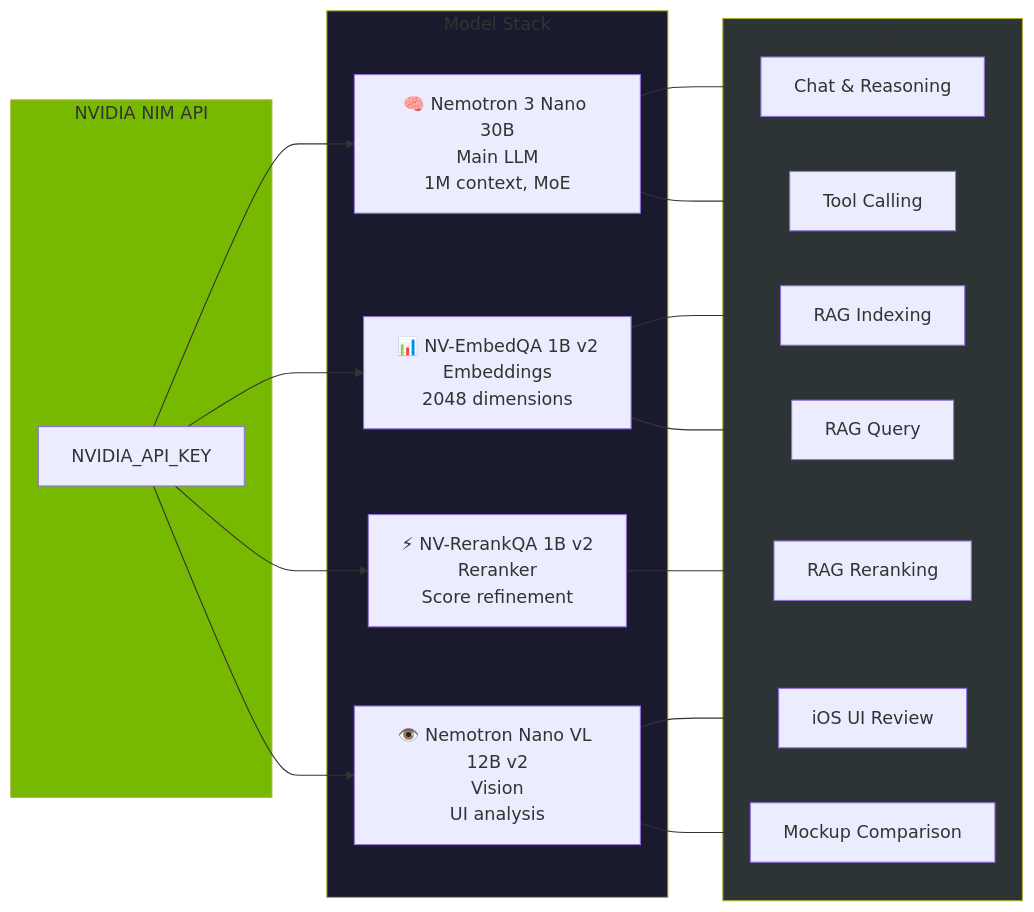
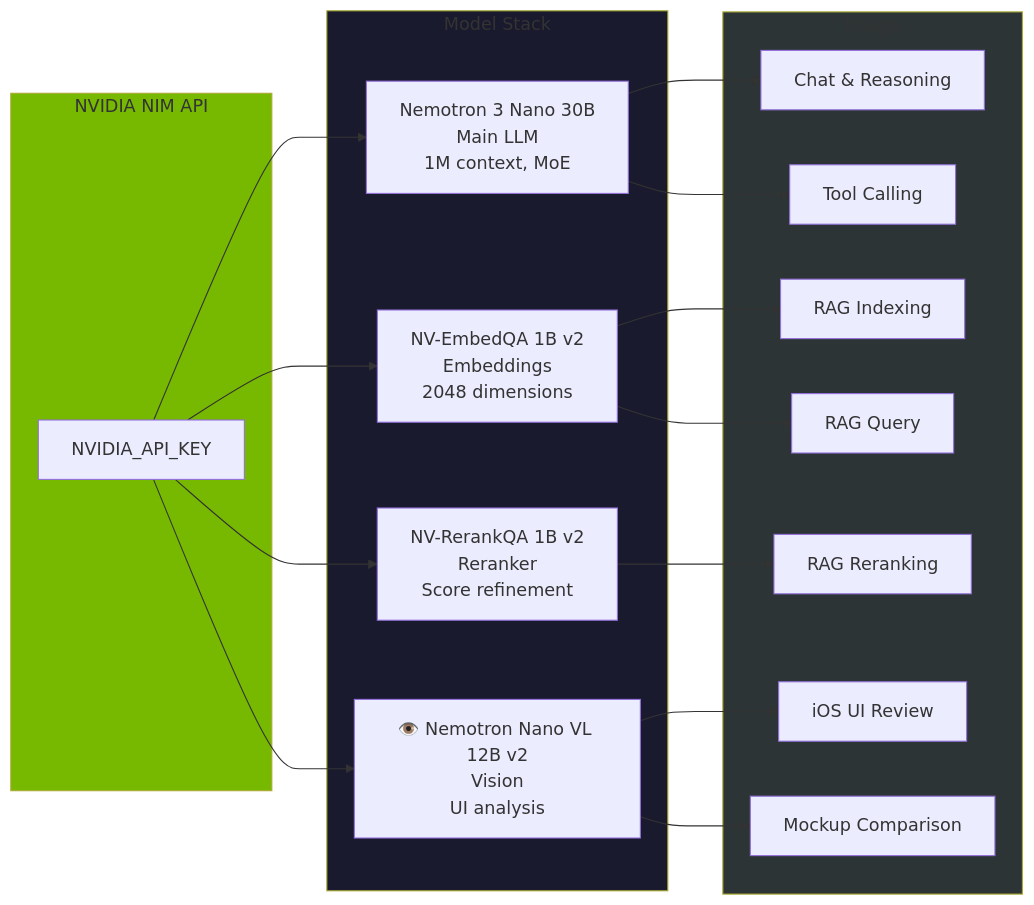
Before and after one commit to caser-legal/nvidia-cli: the first of 8 diagrams in README.md, drawn with Mermaid. The commit also changed other lines of this file, not shown here.

````diff
--- a/README.md
+++ b/README.md
@@ -505,27 +505,27 @@
 ```mermaid
 flowchart LR
     subgraph API["NVIDIA NIM API"]
         KEY[NVIDIA_API_KEY]
     end
 
     subgraph Models["Model Stack"]
-        KEY --> LLM["🧠 Nemotron 3 Nano 30B<br/>Main LLM<br/>1M context, MoE"]
-        KEY --> EMB["📊 NV-EmbedQA 1B v2<br/>Embeddings<br/>2048 dimensions"]
-        KEY --> RR["⚡ NV-RerankQA 1B v2<br/>Reranker<br/>Score refinement"]
+        KEY --> LLM[" Nemotron 3 Nano 30B<br/>Main LLM<br/>1M context, MoE"]
+        KEY --> EMB[" NV-EmbedQA 1B v2<br/>Embeddings<br/>2048 dimensions"]
+        KEY --> RR[" NV-RerankQA 1B v2<br/>Reranker<br/>Score refinement"]
         KEY --> VIS["👁️ Nemotron Nano VL 12B v2<br/>Vision<br/>UI analysis"]
     end
 
     subgraph Usage["Usage"]
         LLM --> CHAT[Chat & Reasoning]
         LLM --> TOOLS[Tool Calling]
         EMB --> RAG_E[RAG Indexing]
         EMB --> RAG_Q[RAG Query]
         RR --> RAG_R[RAG Reranking]
         VIS --> UI[iOS UI Review]
         VIS --> MOCK[Mockup Comparison]
     end
 
     style API fill:#76b900
     style Models fill:#1a1a2e
     style Usage fill:#2d3436
 ```
````
